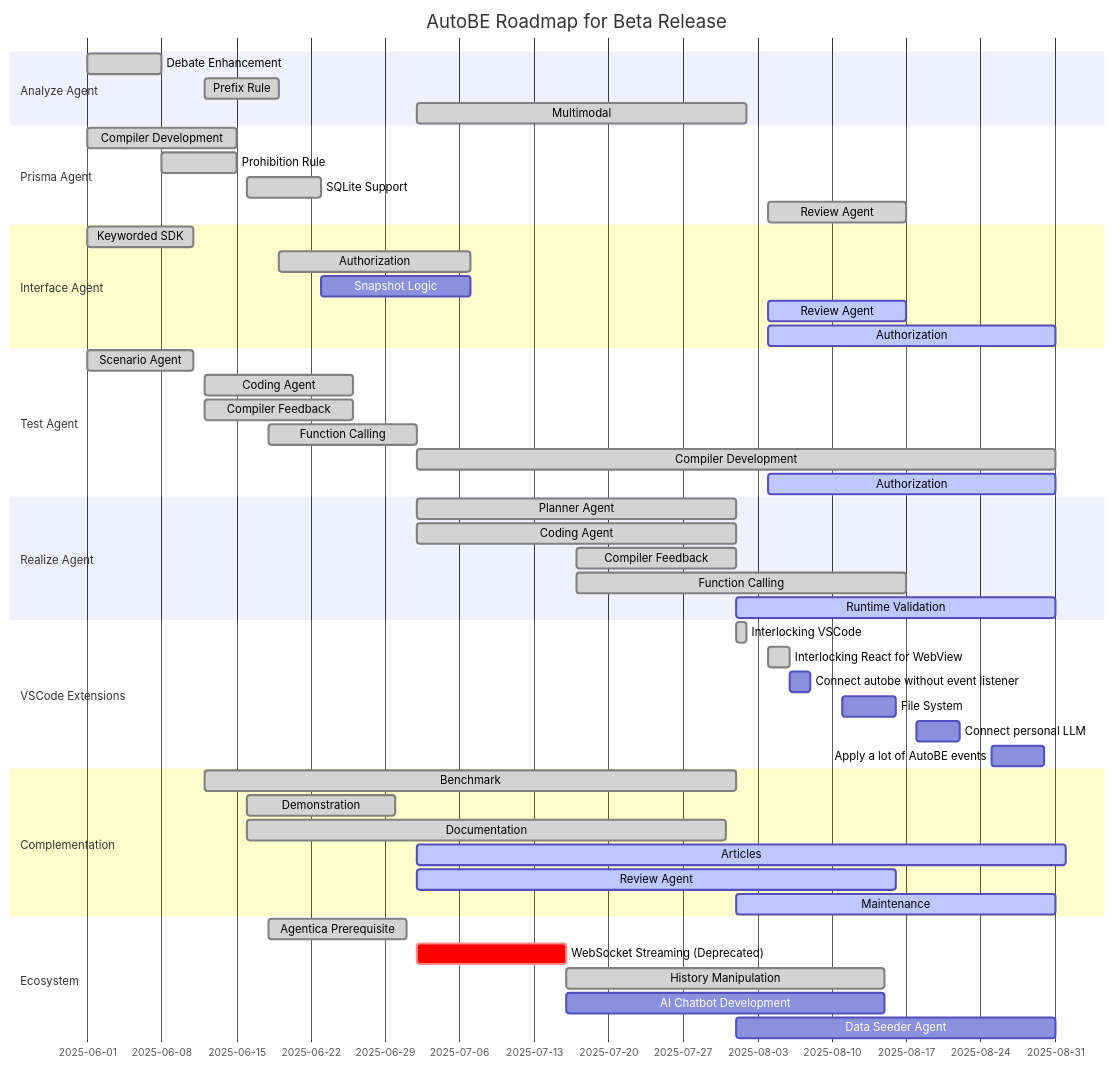
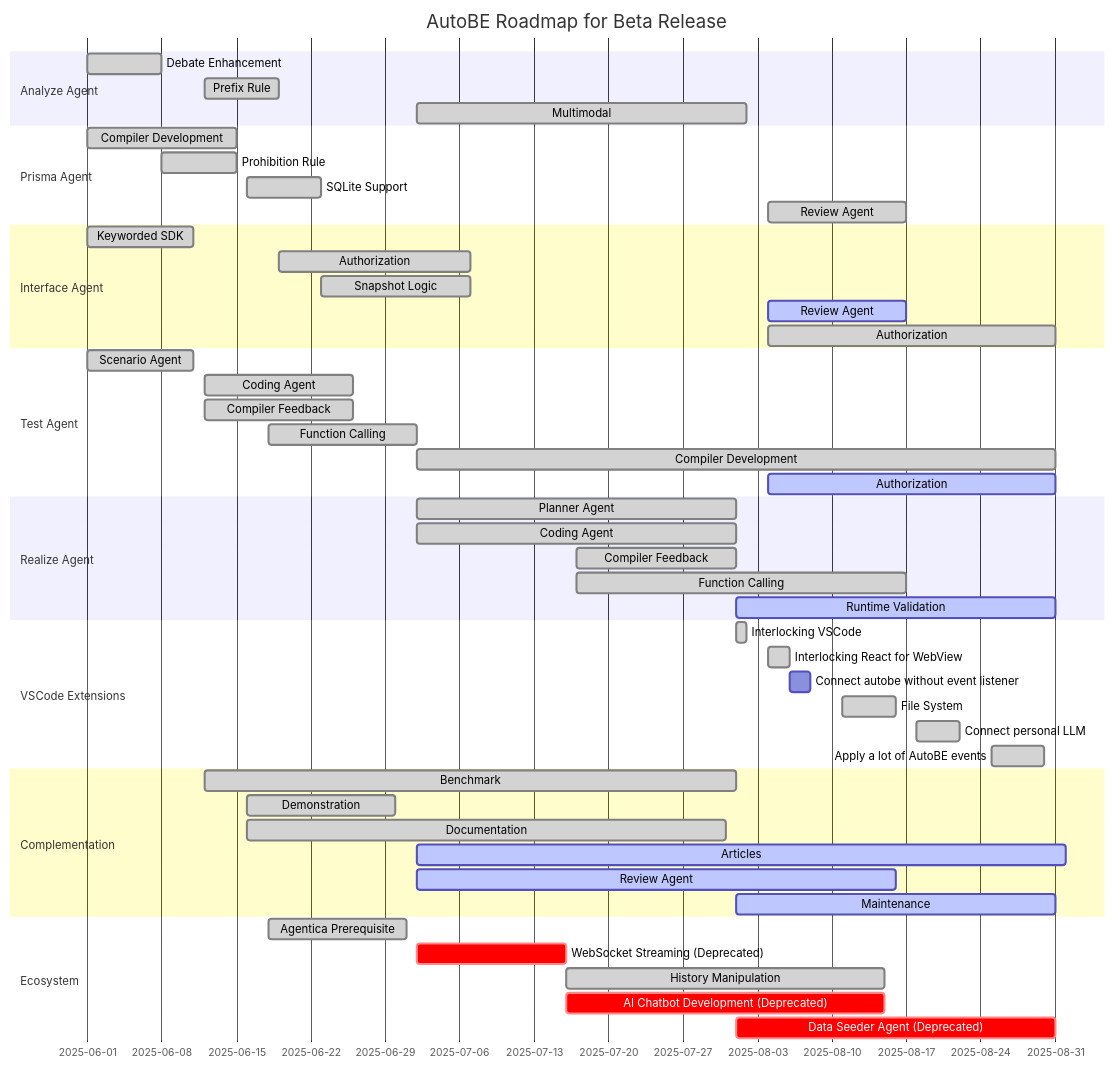
One commit to RavenView-ai/autobe changed the second of 2 diagrams in README.md. Above: the diagram before and after it, drawn with Mermaid.

Commit message:
Update gantt chart

````diff
--- a/README.md
+++ b/README.md
@@ -181,61 +181,61 @@
 ```mermaid
 gantt
   dateFormat YYYY-MM-DD
   title AutoBE Roadmap for Beta Release
 
   section Analyze Agent
   Debate Enhancement: done, 2025-06-01,  7d
   Prefix Rule:        done, 2025-06-12,  7d
   Multimodal:         done, 2025-07-02, 31d
 
   section Prisma Agent
   Compiler Development: done, 2025-06-01, 14d
   Prohibition Rule:     done, 2025-06-08,  7d
   SQLite Support:       done, 2025-06-16,  7d
   Review Agent:         done, 2025-08-04, 13d
 
   section Interface Agent
-  Keyworded SDK:     done,    2025-06-01, 10d
-  Authorization:     done,    2025-06-19, 18d
-  Snapshot Logic:    planned, 2025-06-23, 14d
-  Review Agent:      active,  2025-08-04, 13d
-  Authorization:     active,  2025-08-04, 27d
+  Keyworded SDK:     done,   2025-06-01, 10d
+  Authorization:     done,   2025-06-19, 18d
+  Snapshot Logic:    done,   2025-06-23, 14d
+  Review Agent:      active, 2025-08-04, 13d
+  Authorization:     done,   2025-08-04, 27d
 
   section Test Agent
   Scenario Agent:         done, 2025-06-01, 10d        
   Coding Agent:           done, 2025-06-12, 14d
   Compiler Feedback:      done, 2025-06-12, 14d
   Function Calling:       done, 2025-06-18, 14d
   Compiler Development:   done, 2025-07-02, 60d
   Authorization:        active, 2025-08-04, 27d
 
   section Realize Agent
   Planner Agent:          done, 2025-07-02, 30d
   Coding Agent:           done, 2025-07-02, 30d
   Compiler Feedback:      done, 2025-07-17, 15d
   Function Calling:       done, 2025-07-17, 31d
   Runtime Validation:   active, 2025-08-01, 30d
 
   section VSCode Extensions
-  Interlocking VSCode:                      done, 2025-08-01, 1d
-  Interlocking React for WebView:           done, 2025-08-04, 2d
+  Interlocking VSCode:                   done, 2025-08-01, 1d
+  Interlocking React for WebView:        done, 2025-08-04, 2d
   Connect autobe without event listener: planned, 2025-08-06, 2d
-  File System:                           planned, 2025-08-11, 5d
-  Connect personal LLM:                  planned, 2025-08-18, 4d
-  Apply a lot of AutoBE events:          planned, 2025-08-25, 5d 
+  File System:                           done, 2025-08-11, 5d
+  Connect personal LLM:                  done, 2025-08-18, 4d
+  Apply a lot of AutoBE events:          done, 2025-08-25, 5d 
 
   section Complementation
   Benchmark:     done,   2025-06-12, 50d
   Demonstration: done,   2025-06-16, 14d
   Documentation: done,   2025-06-16, 45d
   Articles:      active, 2025-07-02, 61d
   Review Agent:  active, 2025-07-02, 45d
   Maintenance:   active, 2025-08-01, 30d
 
   section Ecosystem
-  Agentica Prerequisite:            done,    2025-06-18, 13d
-  WebSocket Streaming (Deprecated): crit,    2025-07-02, 14d
-  History Manipulation:             done,    2025-07-16, 30d
-  AI Chatbot Development:           planned, 2025-07-16, 30d
-  Data Seeder Agent:                planned, 2025-08-01, 30d
+  Agentica Prerequisite:               done,    2025-06-18, 13d
+  WebSocket Streaming (Deprecated):    crit,    2025-07-02, 14d
+  History Manipulation:                done,    2025-07-16, 30d
+  AI Chatbot Development (Deprecated): crit, 2025-07-16, 30d
+  Data Seeder Agent (Deprecated):      crit, 2025-08-01, 30d
 ```
````
